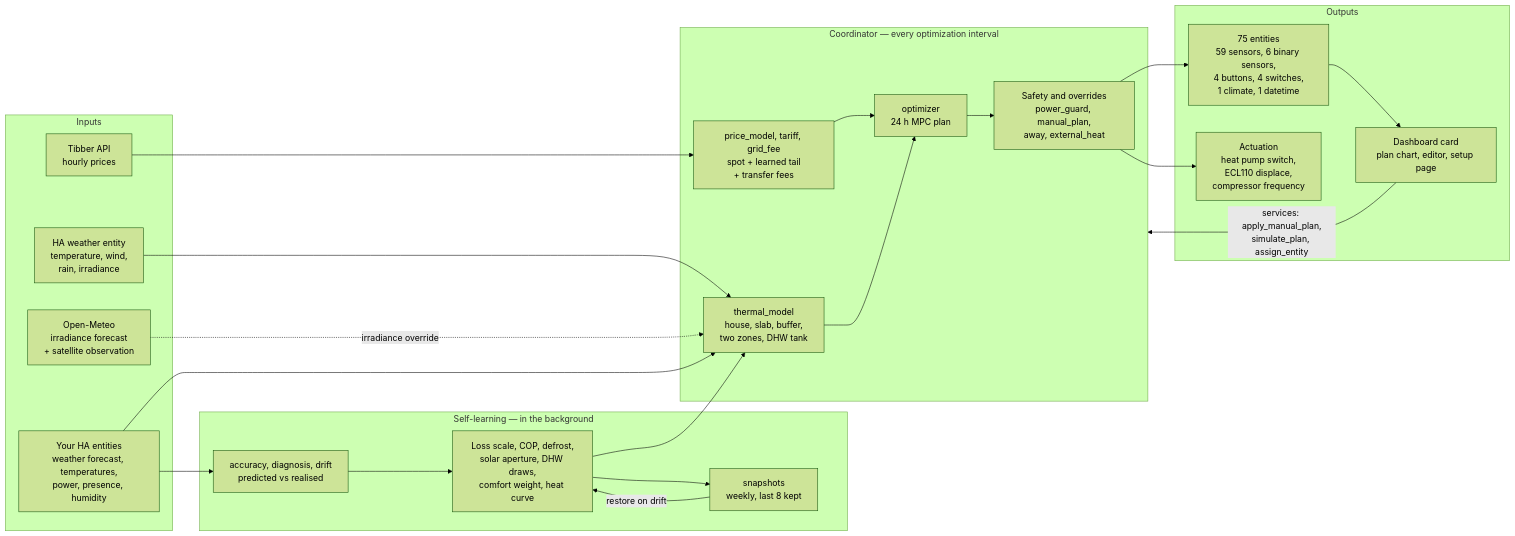
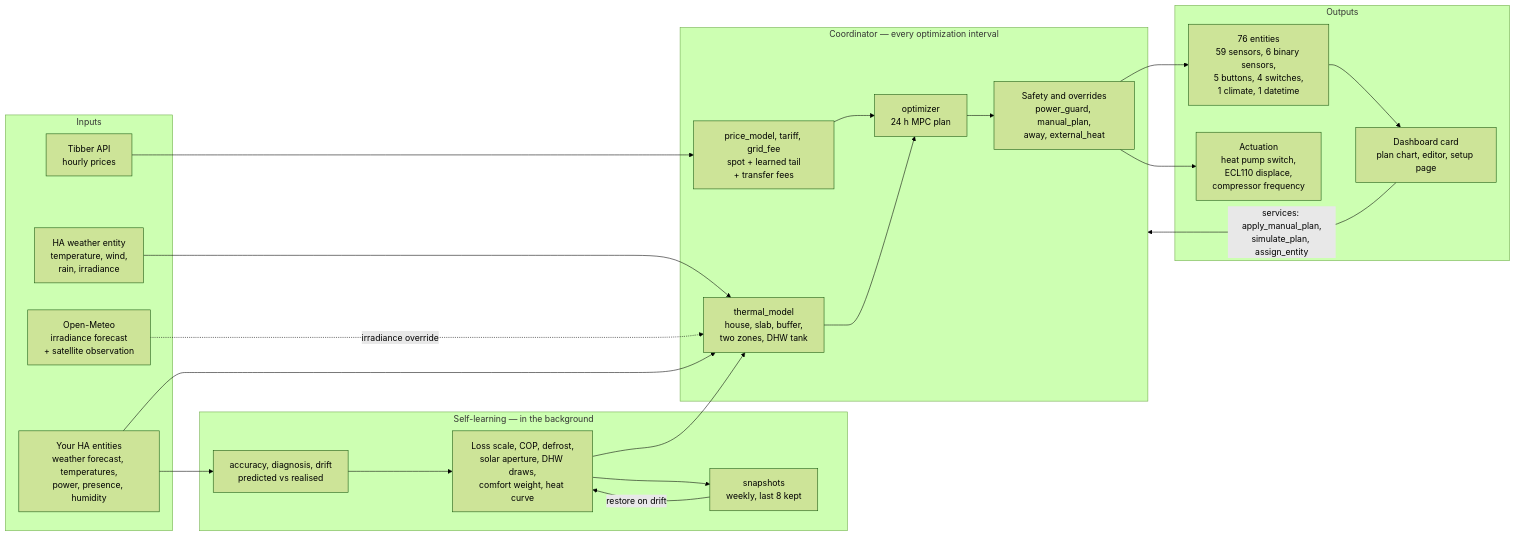
One commit to tvofi/heatpump_optimizer changed the diagram in docs/architecture.md. Above: the diagram before and after it, drawn with Mermaid (forest theme). The commit also changed other lines of this file and 17 other files, not shown here.

````diff
--- a/docs/architecture.md
+++ b/docs/architecture.md
@@ -14,45 +14,45 @@
 ```mermaid
 flowchart LR
     subgraph inputs["Inputs"]
         tibber["Tibber API<br/>hourly prices"]
         weather["HA weather entity<br/>temperature, wind,<br/>rain, irradiance"]
         meteo["Open-Meteo<br/>irradiance forecast<br/>+ satellite observation"]
         ha["Your HA entities<br/>weather forecast, temperatures,<br/>power, presence, humidity"]
     end
 
     subgraph brain["Coordinator — every optimization interval"]
         pm["price_model, tariff, grid_fee<br/>spot + learned tail<br/>+ transfer fees"]
         tm["thermal_model<br/>house, slab, buffer,<br/>two zones, DHW tank"]
         opt["optimizer<br/>24 h MPC plan"]
         guard["Safety and overrides<br/>power_guard, manual_plan,<br/>away, external_heat"]
     end
 
     subgraph learn["Self-learning — in the background"]
         acc["accuracy, diagnosis, drift<br/>predicted vs realised"]
         learners["Loss scale, COP, defrost,<br/>solar aperture, DHW draws,<br/>comfort weight, heat curve"]
         snap["snapshots<br/>weekly, last 8 kept"]
     end
 
     subgraph out["Outputs"]
-        ent["75 entities<br/>59 sensors, 6 binary sensors,<br/>4 buttons, 4 switches,<br/>1 climate, 1 datetime"]
+        ent["76 entities<br/>59 sensors, 6 binary sensors,<br/>5 buttons, 4 switches,<br/>1 climate, 1 datetime"]
         card["Dashboard card<br/>plan chart, editor, setup page"]
         ctl["Actuation<br/>heat pump switch,<br/>ECL110 displace,<br/>compressor frequency"]
     end
 
     tibber --> pm
     weather --> tm
     meteo -. "irradiance override" .-> tm
     ha --> tm
     ha --> acc
     pm --> opt
     tm --> opt
     opt --> guard
     guard --> ent
     guard --> ctl
     ent --> card
     card -- "services: apply_manual_plan,<br/>simulate_plan, assign_entity" --> brain
     acc --> learners
     learners --> tm
     learners --> snap
     snap -- "restore on drift" --> learners
 ```
````
